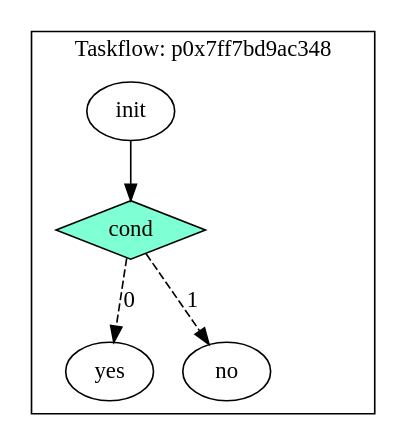
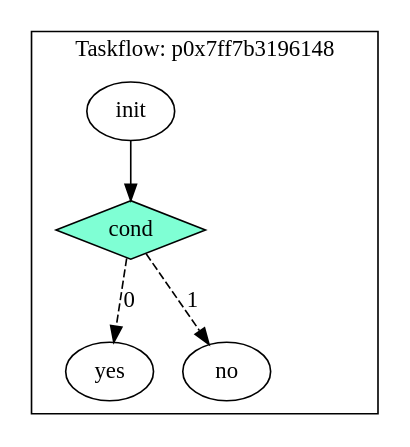
The diagram in task_graph/if_else.dot (xuexcy/learning_taskflow), drawn with Graphviz before and after one commit. The commit also changed 27 other files, not shown here.

```diff
--- a/task_graph/if_else.dot
+++ b/task_graph/if_else.dot
@@ -1,12 +1,12 @@
 digraph Taskflow {
-subgraph cluster_p0x7ff7bd9ac3a8 {
-label="Taskflow: p0x7ff7bd9ac348";
-p0x7ff663a659e0[label="init" ];
-p0x7ff663a659e0 -> p0x7ff663a65e20;
-p0x7ff663a65e20[label="cond" shape=diamond color=black fillcolor=aquamarine style=filled];
-p0x7ff663a65e20 -> p0x7ff663a65d10 [style=dashed label="0"];
-p0x7ff663a65e20 -> p0x7ff663a65c00 [style=dashed label="1"];
-p0x7ff663a65d10[label="yes" ];
-p0x7ff663a65c00[label="no" ];
+subgraph cluster_p0x7ff7b31961a8 {
+label="Taskflow: p0x7ff7b3196148";
+p0x7f80980659e0[label="init" ];
+p0x7f80980659e0 -> p0x7f8098064d20;
+p0x7f8098064d20[label="cond" shape=diamond color=black fillcolor=aquamarine style=filled];
+p0x7f8098064d20 -> p0x7f8098064e30 [style=dashed label="0"];
+p0x7f8098064d20 -> p0x7f8098064b00 [style=dashed label="1"];
+p0x7f8098064e30[label="yes" ];
+p0x7f8098064b00[label="no" ];
 }
 }
```
